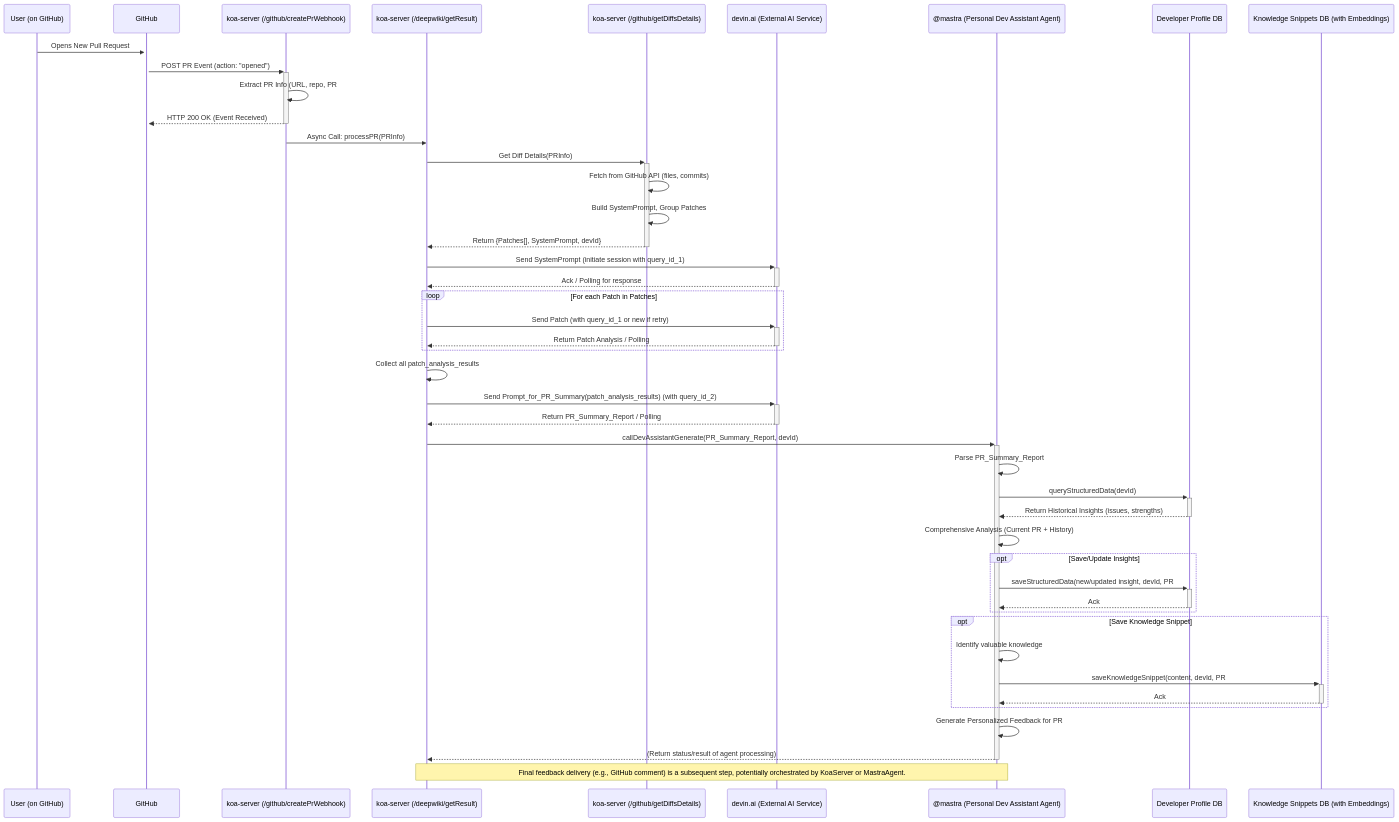
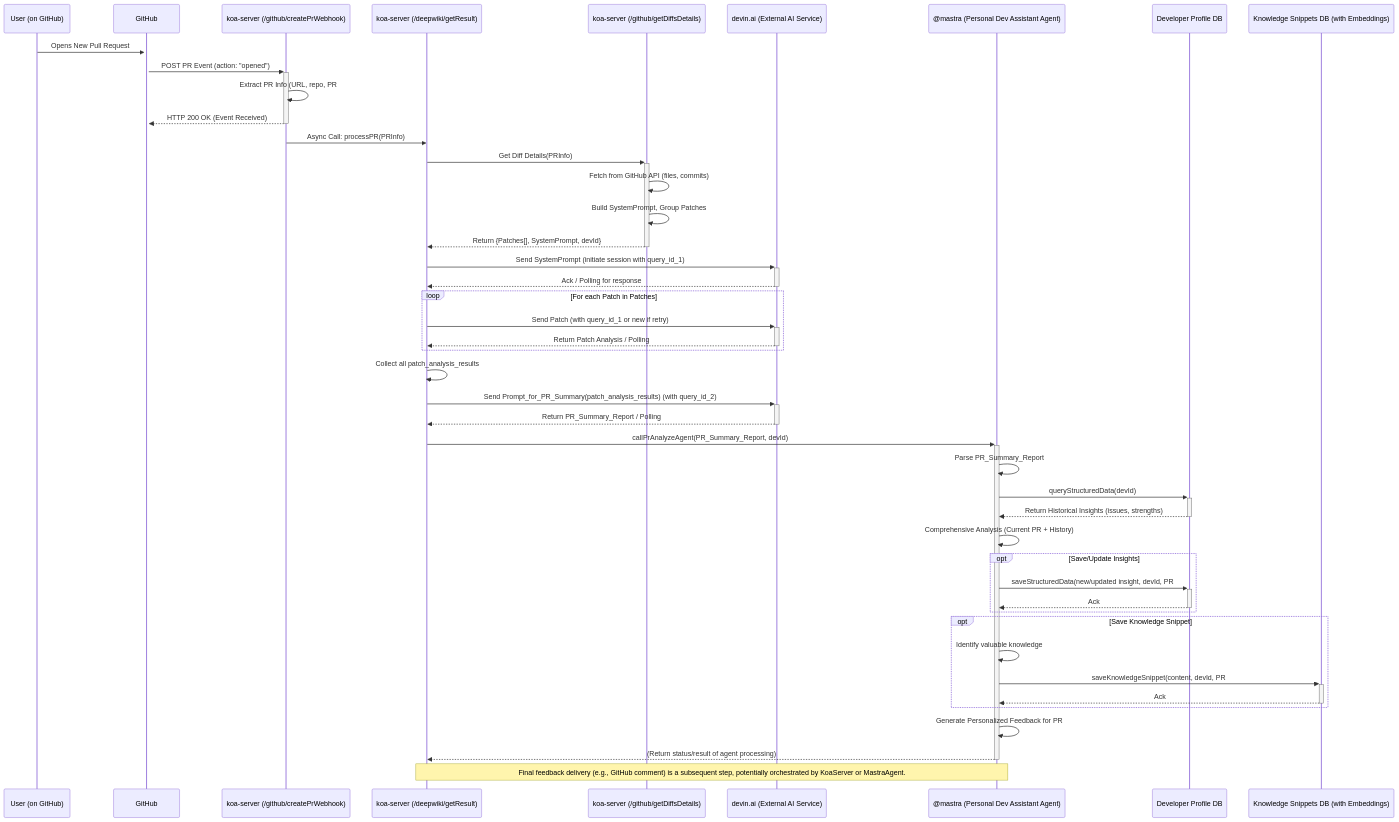
One commit to Gijela/CR-Mentor changed the diagram in koa-server/src/router/deepwiki/pr-analyze.md. Above: the diagram before and after it, drawn with Mermaid. The commit also changed other lines of this file and 21 other files, not shown here.

````diff
--- a/koa-server/src/router/deepwiki/pr-analyze.md
+++ b/koa-server/src/router/deepwiki/pr-analyze.md
@@ -115,51 +115,51 @@
 ```mermaid
 sequenceDiagram
     participant UserGitHub as User (on GitHub)
     participant GitHub
     participant KoaServer_Webhook as koa-server (/github/createPrWebhook)
     participant KoaServer_Deepwiki as koa-server (/deepwiki/getResult)
     participant KoaServer_DiffDetails as koa-server (/github/getDiffsDetails)
     participant DevinAI as devin.ai (External AI Service)
     participant MastraAgent as @mastra (Personal Dev Assistant Agent)
     participant ProfileDB as Developer Profile DB
     participant KnowledgeDB as Knowledge Snippets DB (with Embeddings)
 
     UserGitHub->>+GitHub: Opens New Pull Request
     GitHub->>+KoaServer_Webhook: POST PR Event (action: "opened")
     KoaServer_Webhook->>KoaServer_Webhook: Extract PR Info (URL, repo, PR#, title, desc)
     KoaServer_Webhook-->>-GitHub: HTTP 200 OK (Event Received)
     KoaServer_Webhook->>KoaServer_Deepwiki: Async Call: processPR(PRInfo)
 
     KoaServer_Deepwiki->>+KoaServer_DiffDetails: Get Diff Details(PRInfo)
     KoaServer_DiffDetails->>KoaServer_DiffDetails: Fetch from GitHub API (files, commits)
     KoaServer_DiffDetails->>KoaServer_DiffDetails: Build SystemPrompt, Group Patches
     KoaServer_DiffDetails-->>-KoaServer_Deepwiki: Return {Patches[], SystemPrompt, devId}
 
     KoaServer_Deepwiki->>+DevinAI: Send SystemPrompt (initiate session with query_id_1)
     DevinAI-->>-KoaServer_Deepwiki: Ack / Polling for response
     loop For each Patch in Patches
         KoaServer_Deepwiki->>+DevinAI: Send Patch (with query_id_1 or new if retry)
         DevinAI-->>-KoaServer_Deepwiki: Return Patch Analysis / Polling
     end
     KoaServer_Deepwiki->>KoaServer_Deepwiki: Collect all patch_analysis_results
     KoaServer_Deepwiki->>+DevinAI: Send Prompt_for_PR_Summary(patch_analysis_results) (with query_id_2)
     DevinAI-->>-KoaServer_Deepwiki: Return PR_Summary_Report / Polling
 
-    KoaServer_Deepwiki->>+MastraAgent: callDevAssistantGenerate(PR_Summary_Report, devId)
+    KoaServer_Deepwiki->>+MastraAgent: callPrAnalyzeAgent(PR_Summary_Report, devId)
     MastraAgent->>MastraAgent: Parse PR_Summary_Report
     MastraAgent->>+ProfileDB: queryStructuredData(devId)
     ProfileDB-->>-MastraAgent: Return Historical Insights (issues, strengths)
     MastraAgent->>MastraAgent: Comprehensive Analysis (Current PR + History)
     opt Save/Update Insights
         MastraAgent->>+ProfileDB: saveStructuredData(new/updated insight, devId, PR#)
         ProfileDB-->>-MastraAgent: Ack
     end
     opt Save Knowledge Snippet
         MastraAgent->>MastraAgent: Identify valuable knowledge
         MastraAgent->>+KnowledgeDB: saveKnowledgeSnippet(content, devId, PR#) [includes embedding]
         KnowledgeDB-->>-MastraAgent: Ack
     end
     MastraAgent->>MastraAgent: Generate Personalized Feedback for PR
     MastraAgent-->>-KoaServer_Deepwiki: (Return status/result of agent processing)
     Note over KoaServer_Deepwiki, MastraAgent: Final feedback delivery (e.g., GitHub comment) is a subsequent step, potentially orchestrated by KoaServer or MastraAgent.
 ```
````
